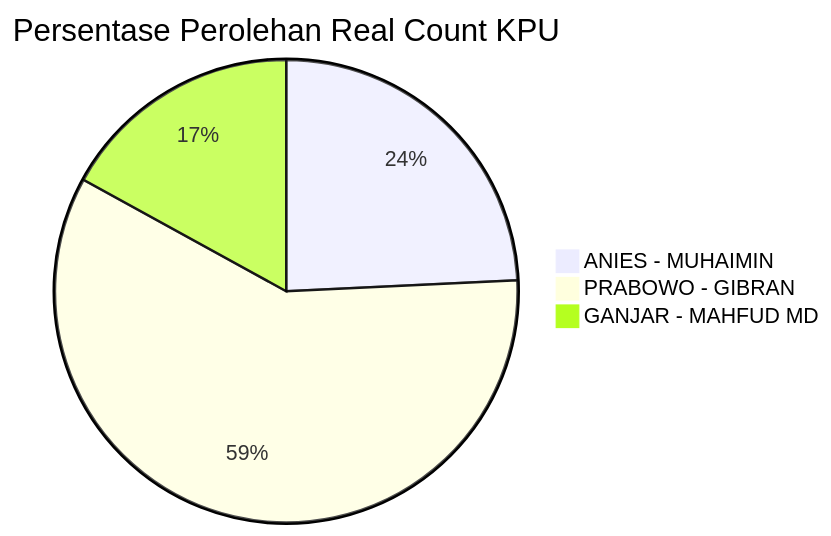
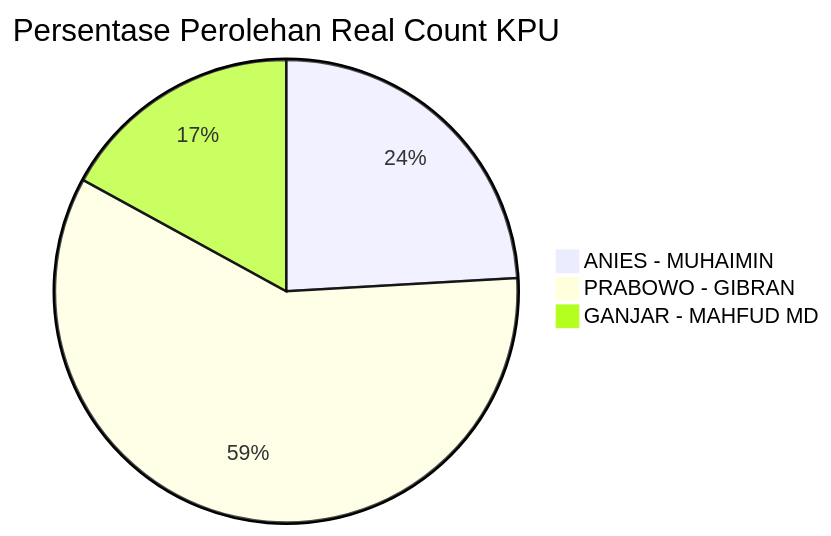
One commit to ptdede/github-workflow-playground changed the diagram in README.md. Above: the diagram before and after it, drawn with Mermaid. The commit also changed other lines of this file, not shown here.

Commit message:
chore(KPU): Gather new pilpres data

````diff
--- a/README.md
+++ b/README.md
@@ -4,6 +4,6 @@
 ```mermaid
 pie title Persentase Perolehan Real Count KPU
-    "ANIES - MUHAIMIN" : 24583259
-    "PRABOWO - GIBRAN" : 59591588
-    "GANJAR - MAHFUD MD" : 17238739
+    "ANIES - MUHAIMIN" : 25974742
+    "PRABOWO - GIBRAN" : 63480726
+    "GANJAR - MAHFUD MD" : 18355601
 ```
````
